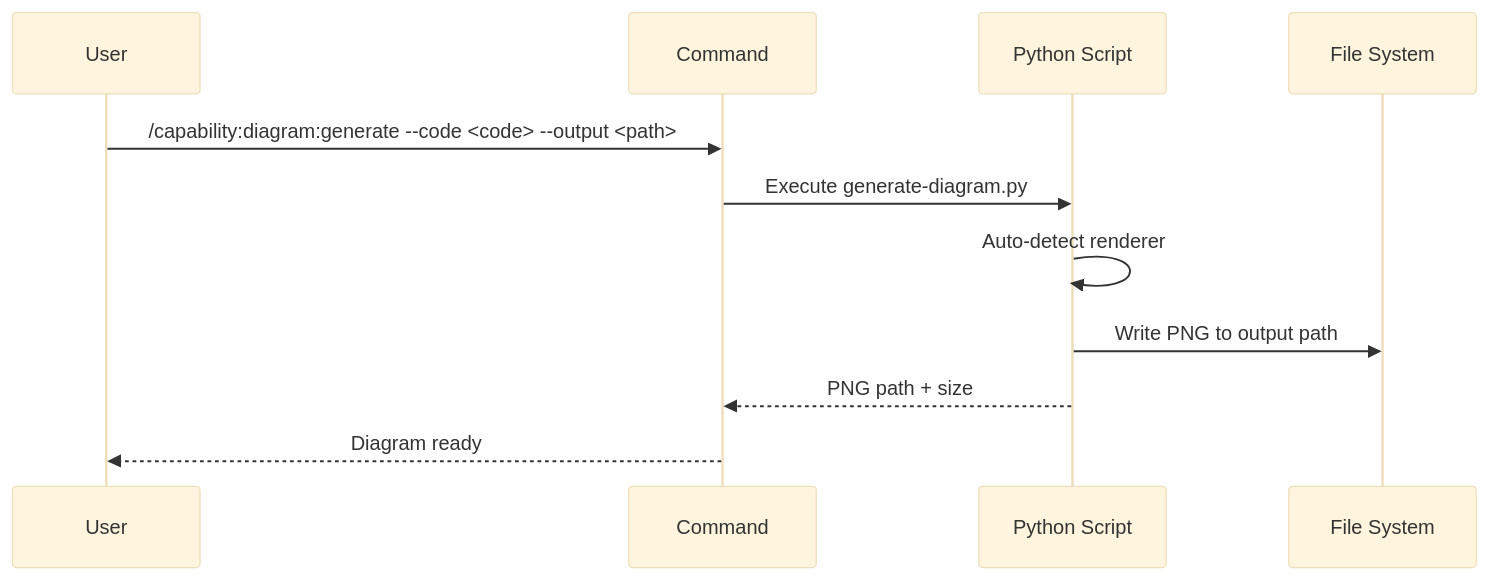
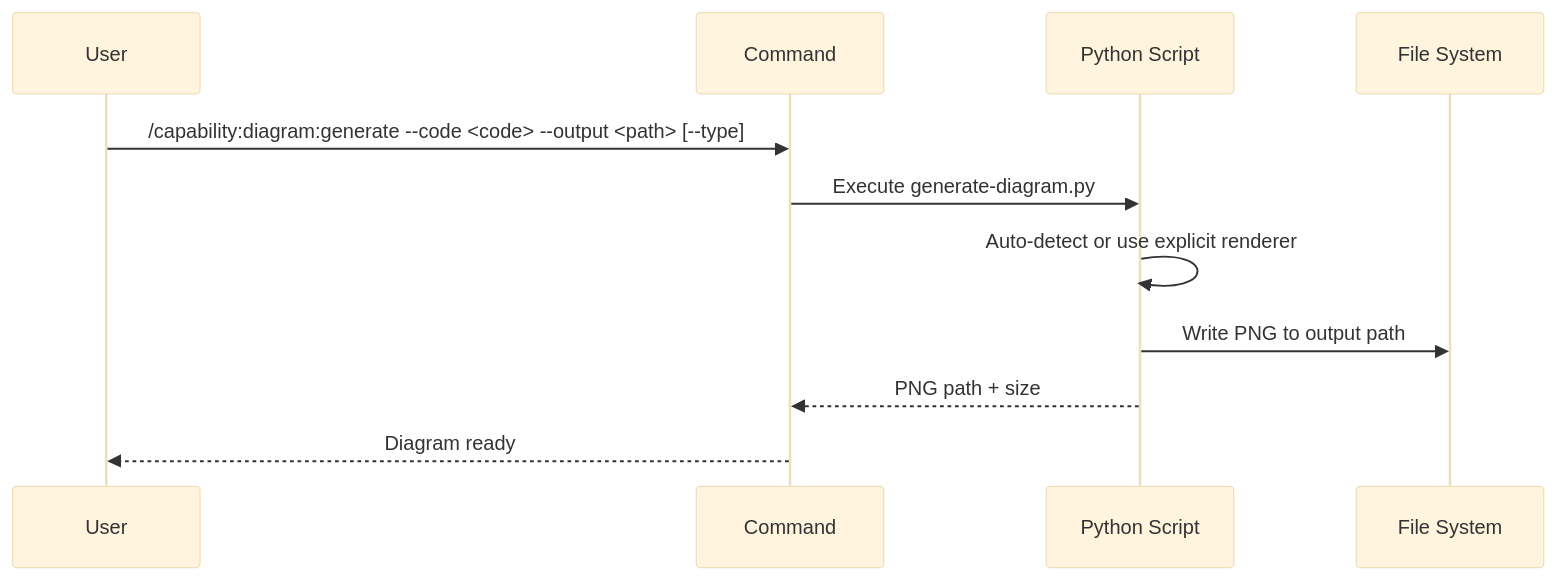
The diagram in .claude/commands/capability/diagram/generate/SKILL.md (zzaia/zzaia-agentic-workspace), drawn with Mermaid (base theme) before and after one commit. The commit also changed other lines of this file and 5 other files, not shown here.

````diff
--- a/.claude/commands/capability/diagram/generate/SKILL.md
+++ b/.claude/commands/capability/diagram/generate/SKILL.md
@@ -46,14 +54,14 @@
 ```mermaid
 sequenceDiagram
     participant U as User
     participant C as Command
     participant P as Python Script
     participant F as File System
 
-    U->>C: /capability:diagram:generate --code <code> --output <path>
+    U->>C: /capability:diagram:generate --code <code> --output <path> [--type]
     C->>P: Execute generate-diagram.py
-    P->>P: Auto-detect renderer
+    P->>P: Auto-detect or use explicit renderer
     P->>F: Write PNG to output path
     P-->>C: PNG path + size
     C-->>U: Diagram ready
 ```
````
